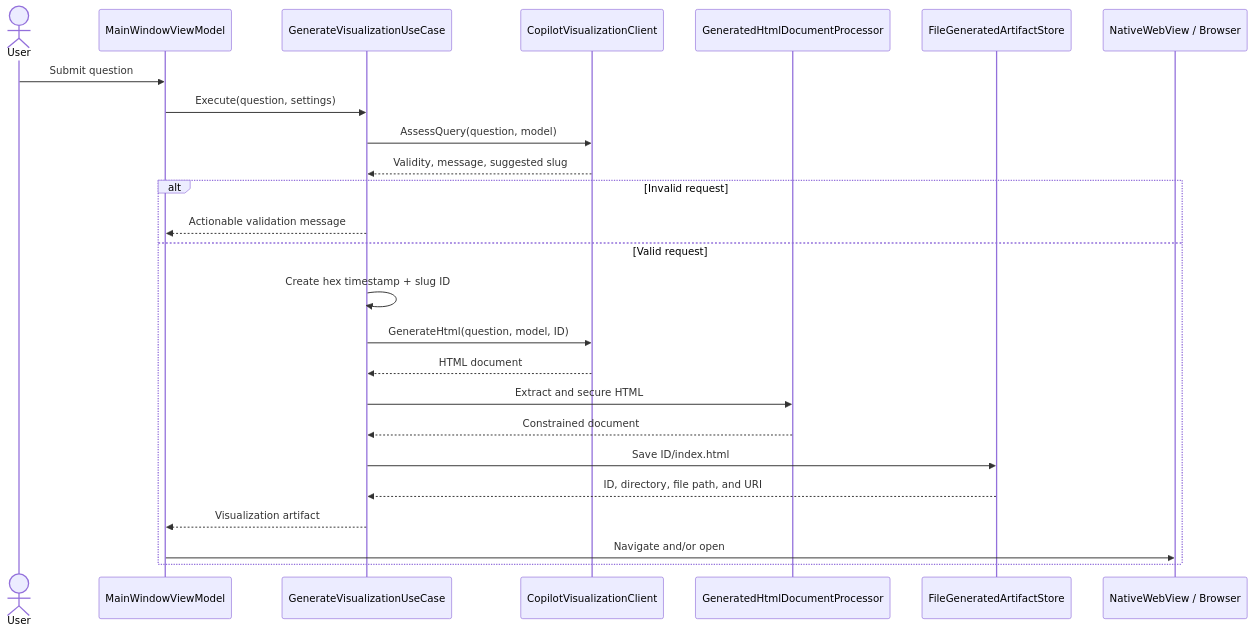
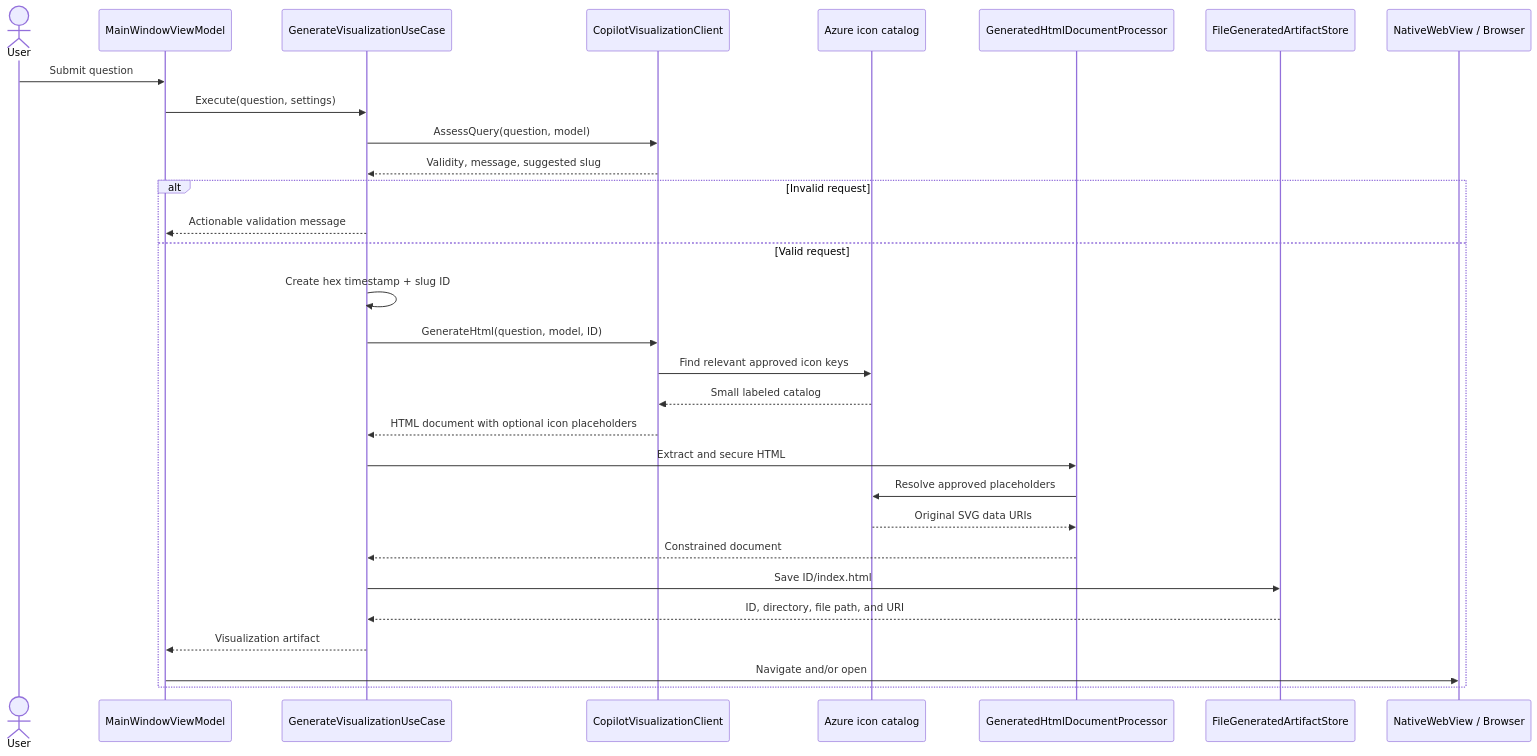
Before and after one commit to btnguyen2k/AzHST: the second of 2 diagrams in docs/architecture.md, drawn with Mermaid. The commit also changed other lines of this file and 725 other files, not shown here.

Commit message:
Add Azure icon pack

````diff
--- a/docs/architecture.md
+++ b/docs/architecture.md
@@ -74,28 +76,33 @@
 ```mermaid
 sequenceDiagram
     actor User
     participant VM as MainWindowViewModel
     participant UC as GenerateVisualizationUseCase
     participant Copilot as CopilotVisualizationClient
+    participant Icons as Azure icon catalog
     participant Policy as GeneratedHtmlDocumentProcessor
     participant Store as FileGeneratedArtifactStore
     participant View as NativeWebView / Browser
 
     User->>VM: Submit question
     VM->>UC: Execute(question, settings)
     UC->>Copilot: AssessQuery(question, model)
     Copilot-->>UC: Validity, message, suggested slug
     alt Invalid request
         UC-->>VM: Actionable validation message
     else Valid request
         UC->>UC: Create hex timestamp + slug ID
         UC->>Copilot: GenerateHtml(question, model, ID)
-        Copilot-->>UC: HTML document
+        Copilot->>Icons: Find relevant approved icon keys
+        Icons-->>Copilot: Small labeled catalog
+        Copilot-->>UC: HTML document with optional icon placeholders
         UC->>Policy: Extract and secure HTML
+        Policy->>Icons: Resolve approved placeholders
+        Icons-->>Policy: Original SVG data URIs
         Policy-->>UC: Constrained document
         UC->>Store: Save ID/index.html
         Store-->>UC: ID, directory, file path, and URI
         UC-->>VM: Visualization artifact
         VM->>View: Navigate and/or open
     end
 ```
````
